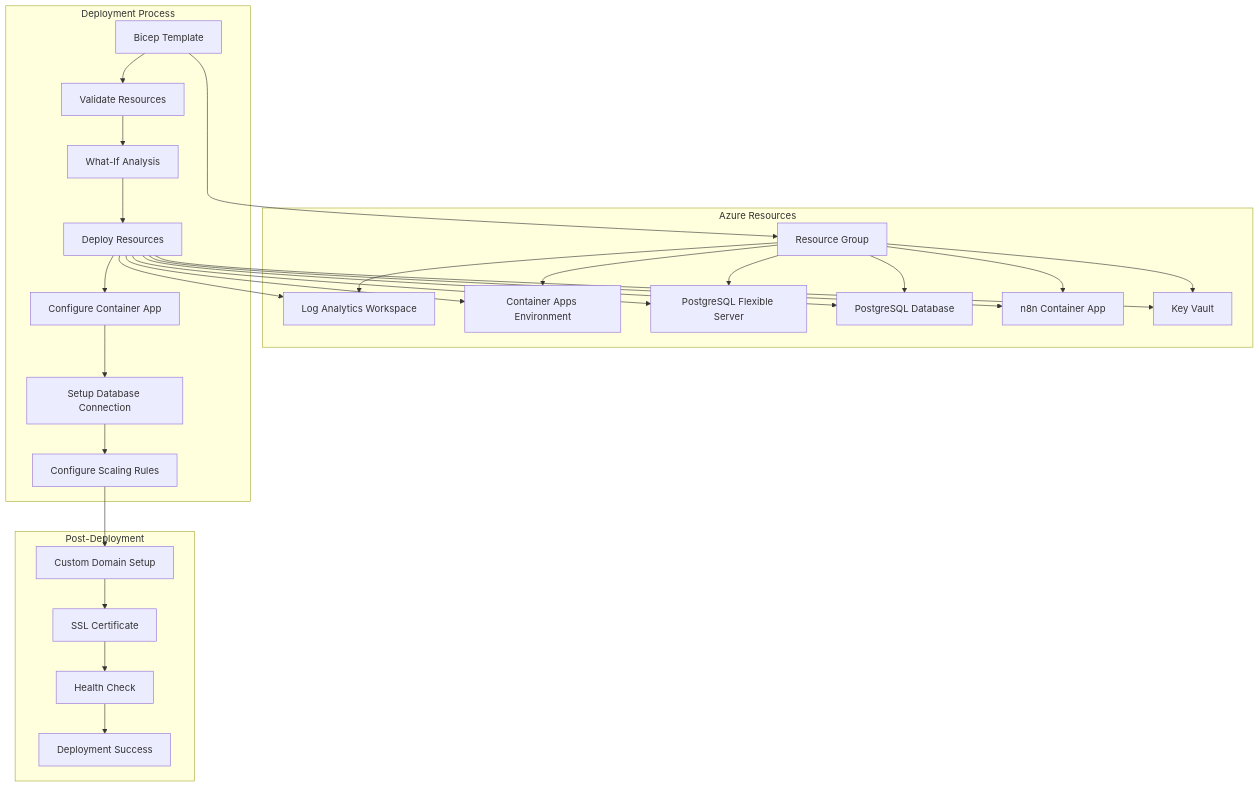
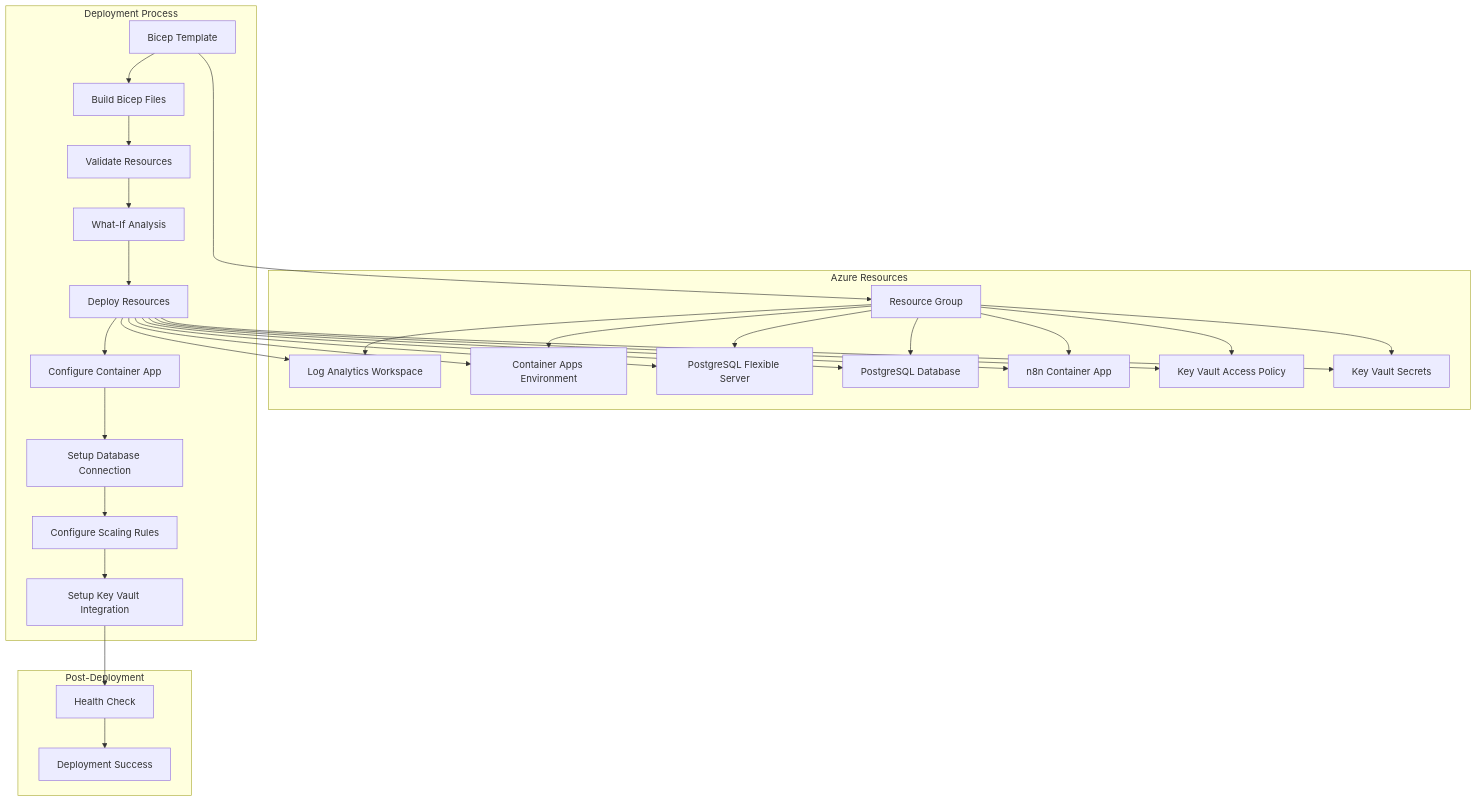
One commit to srmds/n8n-azure-apps-quick-starter changed the sixth of 12 diagrams in docs/cicd-pipeline.md. Above: the diagram before and after it, drawn with Mermaid. The commit also changed other lines of this file and 15 other files, not shown here.

````diff
--- a/docs/cicd-pipeline.md
+++ b/docs/cicd-pipeline.md
@@ -202,35 +210,37 @@
 ```mermaid
 graph TB
     subgraph "Azure Resources"
         A[Resource Group] --> B[Log Analytics Workspace]
         A --> C[Container Apps Environment]
         A --> D[PostgreSQL Flexible Server]
         A --> E[PostgreSQL Database]
         A --> F[n8n Container App]
-        A --> G[Key Vault]
+        A --> G[Key Vault Access Policy]
+        A --> H[Key Vault Secrets]
     end
 
     subgraph "Deployment Process"
-        H[Bicep Template] --> I[Validate Resources]
-        I --> J[What-If Analysis]
-        J --> K[Deploy Resources]
-        K --> L[Configure Container App]
-        L --> M[Setup Database Connection]
-        M --> N[Configure Scaling Rules]
+        I[Bicep Template] --> J[Build Bicep Files]
+        J --> K[Validate Resources]
+        K --> L[What-If Analysis]
+        L --> M[Deploy Resources]
+        M --> N[Configure Container App]
+        N --> O[Setup Database Connection]
+        O --> P[Configure Scaling Rules]
+        P --> Q[Setup Key Vault Integration]
     end
 
     subgraph "Post-Deployment"
-        O[Custom Domain Setup] --> P[SSL Certificate]
-        P --> Q[Health Check]
-        Q --> R[Deployment Success]
+        R[Health Check] --> S[Deployment Success]
     end
 
-    H --> A
-    K --> B
-    K --> C
-    K --> D
-    K --> E
-    K --> F
-    K --> G
-    N --> O
+    I --> A
+    M --> B
+    M --> C
+    M --> D
+    M --> E
+    M --> F
+    M --> G
+    M --> H
+    Q --> R
 ```
````
